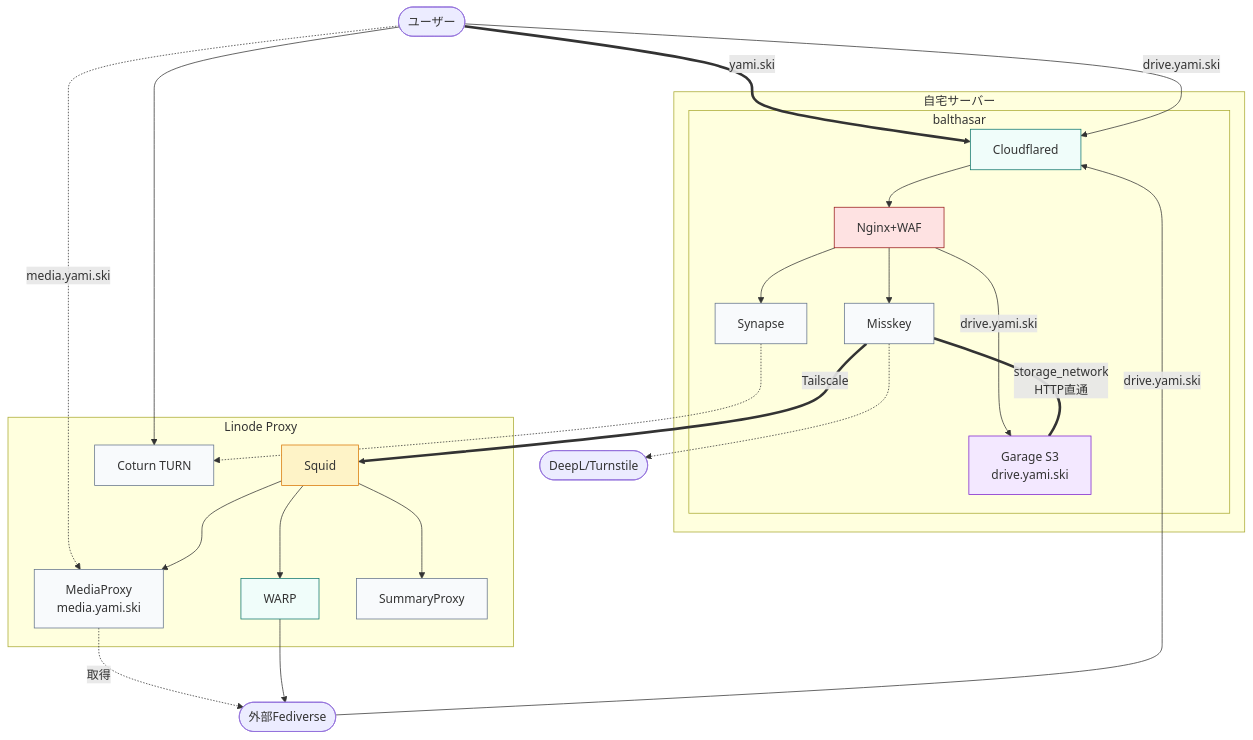
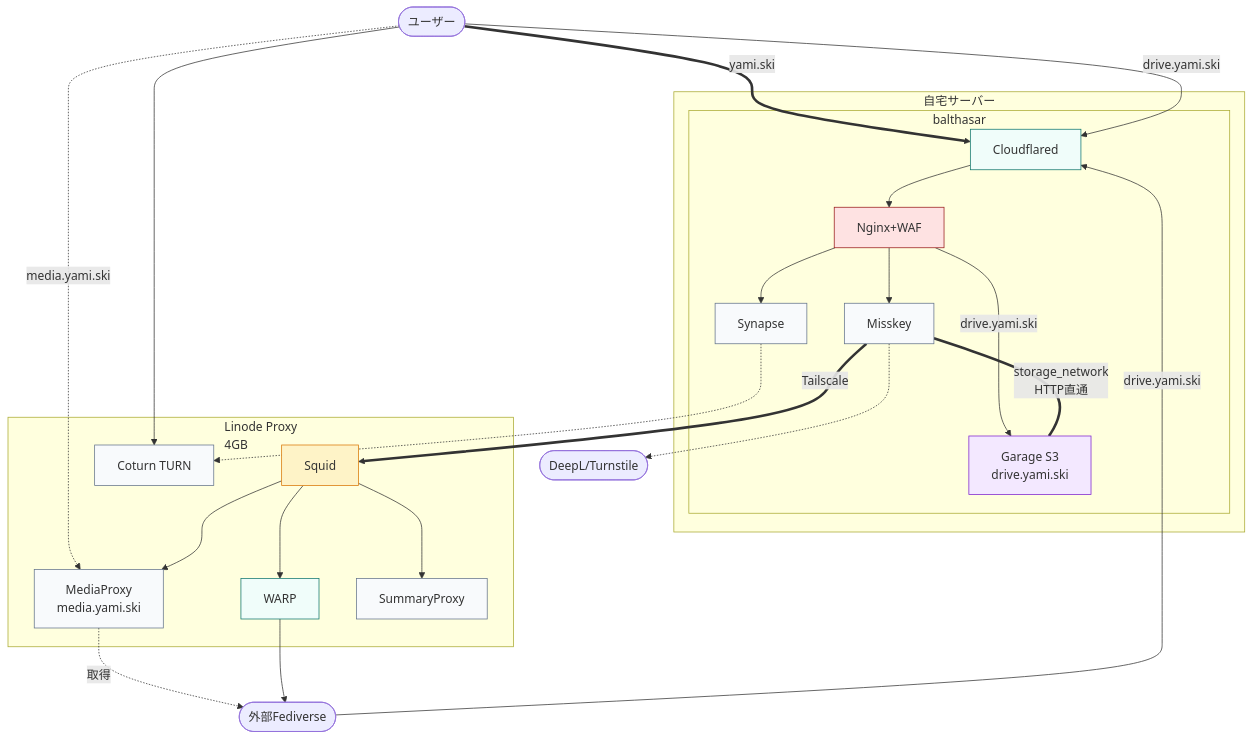
Before and after one commit to yamisskey-dev/yamisskey-host: the sixth of 6 diagrams in README.md, drawn with Mermaid.

Commit message:
docs: Linode Proxy のRAM容量 (4GB) を図に明記
メモリ増設後のスペックを可視化するため、Network Traffic Flow 図の
Linode Proxy サブグラフラベルに 4GB を追加。

````diff
--- a/README.md
+++ b/README.md
@@ -205,55 +205,55 @@
 ```mermaid
 graph TB
     classDef cf fill:#f0fdfa,stroke:#0f766e
     classDef ts fill:#fef3c7,stroke:#d97706
     classDef sec fill:#fee2e2,stroke:#991b1b
     classDef svc fill:#f8fafc,stroke:#64748b
     classDef storage fill:#f3e8ff,stroke:#7e22ce
 
     users([ユーザー])
     federation([外部Fediverse])
     bypass([DeepL/Turnstile])
 
-    subgraph linode[Linode Proxy]
+    subgraph linode[Linode Proxy<br/>4GB]
         squid[Squid]:::ts
         warp[WARP]:::cf
         mediaproxy[MediaProxy<br/>media.yami.ski]:::svc
         summaryproxy[SummaryProxy]:::svc
         coturn[Coturn TURN]:::svc
     end
 
     subgraph home[自宅サーバー]
         subgraph balthasar[balthasar]
             cf_b[Cloudflared]:::cf
             nginx[Nginx+WAF]:::sec
             misskey[Misskey]:::svc
             garage[Garage S3<br/>drive.yami.ski]:::storage
             synapse[Synapse]:::svc
         end
     end
 
     %% ユーザーアクセス (yami.ski)
     users ==>|yami.ski| cf_b --> nginx --> misskey & synapse
 
     %% 画像表示 (drive.yami.ski) - ユーザー/連合がブラウザで画像取得
     users -->|drive.yami.ski| cf_b
     federation -->|drive.yami.ski| cf_b
     nginx -->|drive.yami.ski| garage
 
     %% 画像アップロード - Docker内部HTTP (storage_network)
     misskey ===|storage_network<br/>HTTP直通| garage
 
     %% リモート画像プロキシ (media.yami.ski) - 他インスタンスの画像を中継
     users -.->|media.yami.ski| mediaproxy -.->|取得| federation
 
     %% 連合通信（Squid経由）
     misskey ==>|Tailscale| squid --> warp --> federation
     squid --> mediaproxy & summaryproxy
 
     %% VoIP
     synapse -.-> coturn
     users --> coturn
 
     %% バイパス
     misskey -.-> bypass
 ```
````
